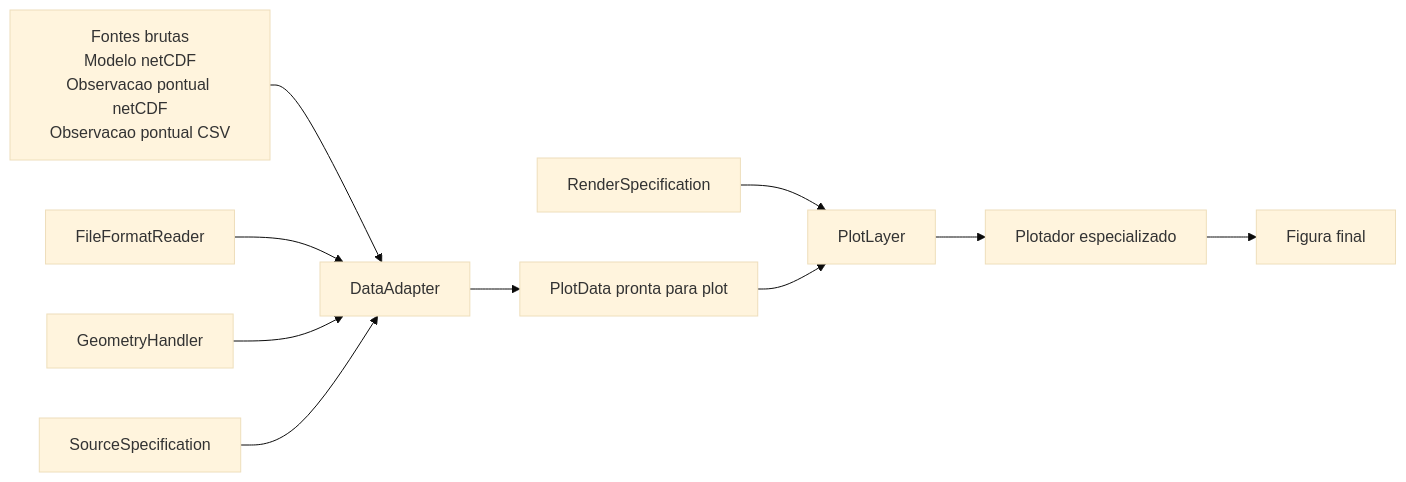
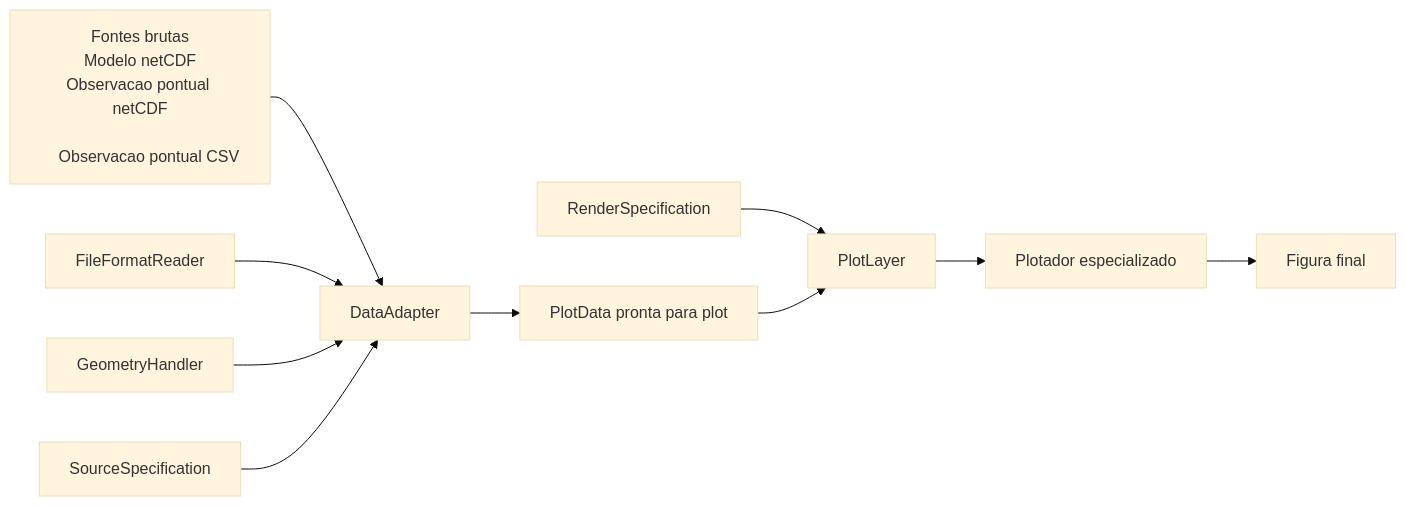
One commit to farachegt/visualize_thesis changed the diagram in docs/c4/plot-core/01-contexto.md. Above: the diagram before and after it, drawn with Mermaid (base theme). The commit also changed other lines of this file and 14 other files, not shown here.

````diff
--- a/docs/c4/plot-core/01-contexto.md
+++ b/docs/c4/plot-core/01-contexto.md
@@ -104,12 +110,13 @@
 ```mermaid
 flowchart LR
-    A[Fontes brutas<br/>Modelo netCDF<br/>Observacao pontual netCDF<br/>Observacao pontual CSV] --> D[DataAdapter]
+    A[Fontes brutas<br/>Modelo netCDF<br/>Observacao pontual netCDF<br/>
+    Observacao pontual CSV] --> D[DataAdapter]
     B[FileFormatReader] --> D
     C[GeometryHandler] --> D
     E[SourceSpecification] --> D
     D --> F[PlotData pronta para plot]
     R[RenderSpecification] --> L[PlotLayer]
     F --> L
     L --> G[Plotador especializado]
     G --> H[Figura final]
 ```
````
